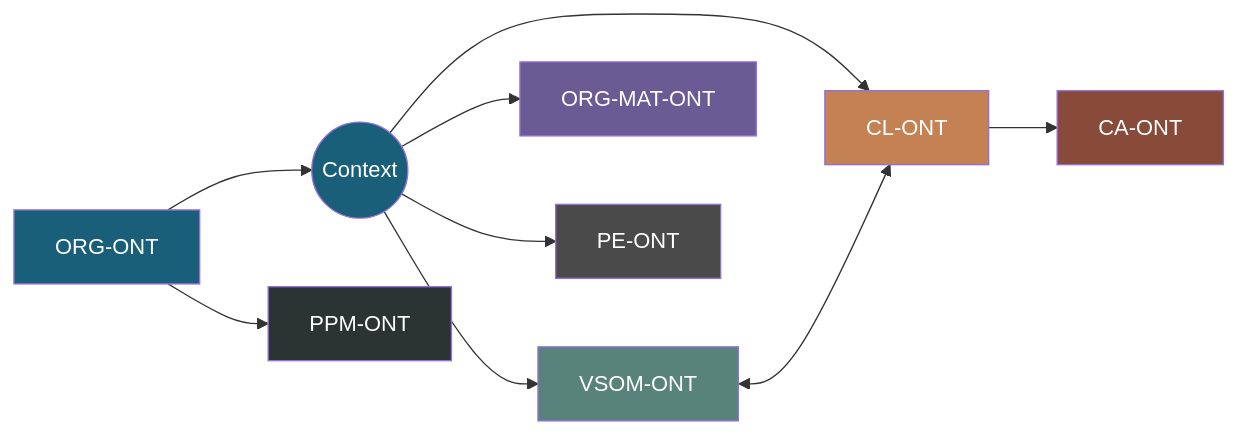
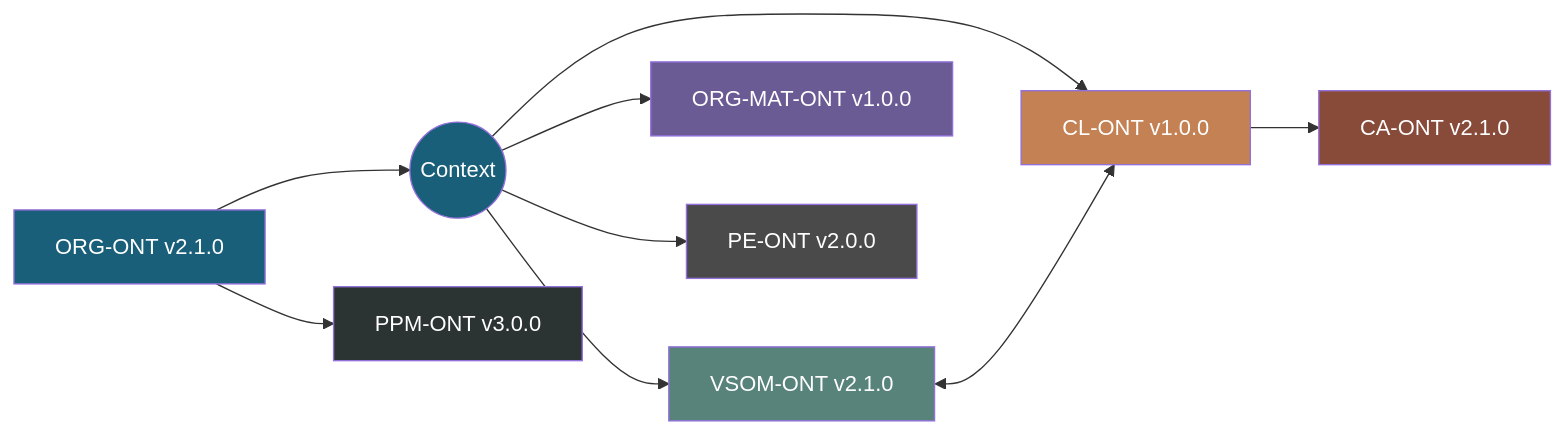
The sixth of 6 diagrams in PBS/ONTOLOGIES/ONTOLOGY-ARCHITECTURE.md (ajrmooreuk/Azlan-EA-AAA), drawn with Mermaid before and after one commit. The commit also changed other lines of this file and 1 other file, not shown here.

First line of the commit message:
Add version numbers to architecture diagrams, update to-do list

````diff
--- a/PBS/ONTOLOGIES/ONTOLOGY-ARCHITECTURE.md
+++ b/PBS/ONTOLOGIES/ONTOLOGY-ARCHITECTURE.md
@@ -280,20 +280,20 @@
 ```mermaid
 graph LR
-    ORG[ORG-ONT] --> CTX((Context))
-    CTX --> VSOM[VSOM-ONT]
-    CTX --> CL[CL-ONT]
-    CTX --> MAT[ORG-MAT-ONT]
-    CTX --> PE[PE-ONT]
-    CL --> CA[CA-ONT]
+    ORG[ORG-ONT v2.1.0] --> CTX((Context))
+    CTX --> VSOM[VSOM-ONT v2.1.0]
+    CTX --> CL[CL-ONT v1.0.0]
+    CTX --> MAT[ORG-MAT-ONT v1.0.0]
+    CTX --> PE[PE-ONT v2.0.0]
+    CL --> CA[CA-ONT v2.1.0]
     VSOM <--> CL
-    ORG --> PPM[PPM-ONT]
+    ORG --> PPM[PPM-ONT v3.0.0]
 
     style ORG fill:#1a5f7a,color:#fff
     style CTX fill:#1a5f7a,color:#fff
     style VSOM fill:#57837b,color:#fff
     style CL fill:#c38154,color:#fff
     style CA fill:#884a39,color:#fff
     style MAT fill:#6b5b95,color:#fff
     style PPM fill:#2c3333,color:#fff
     style PE fill:#4a4a4a,color:#fff
 ```
````
